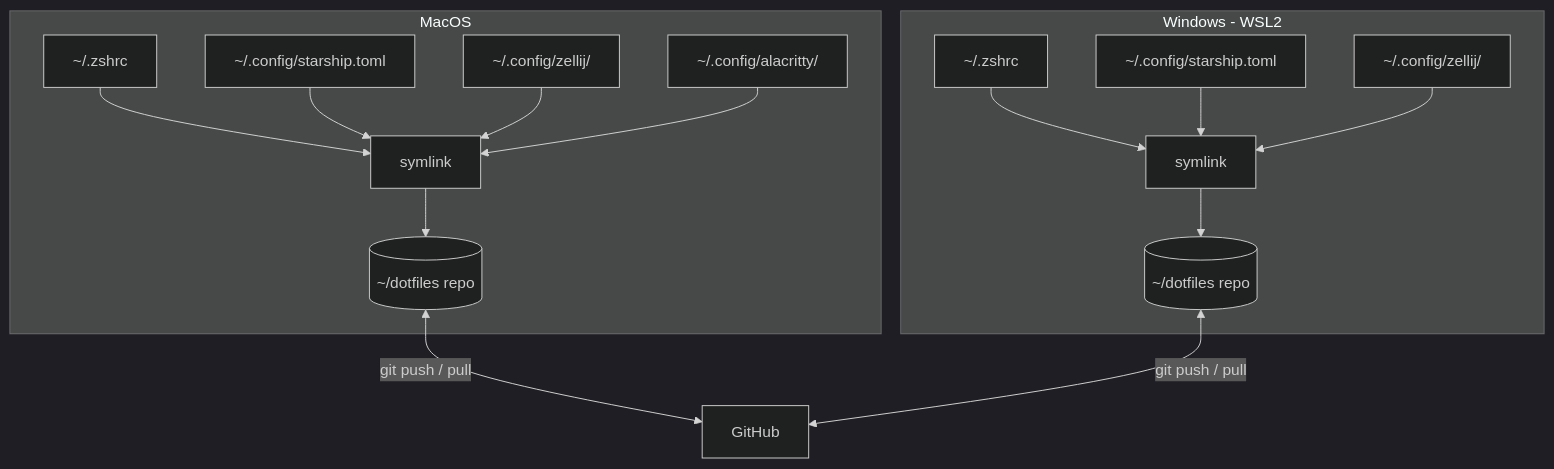
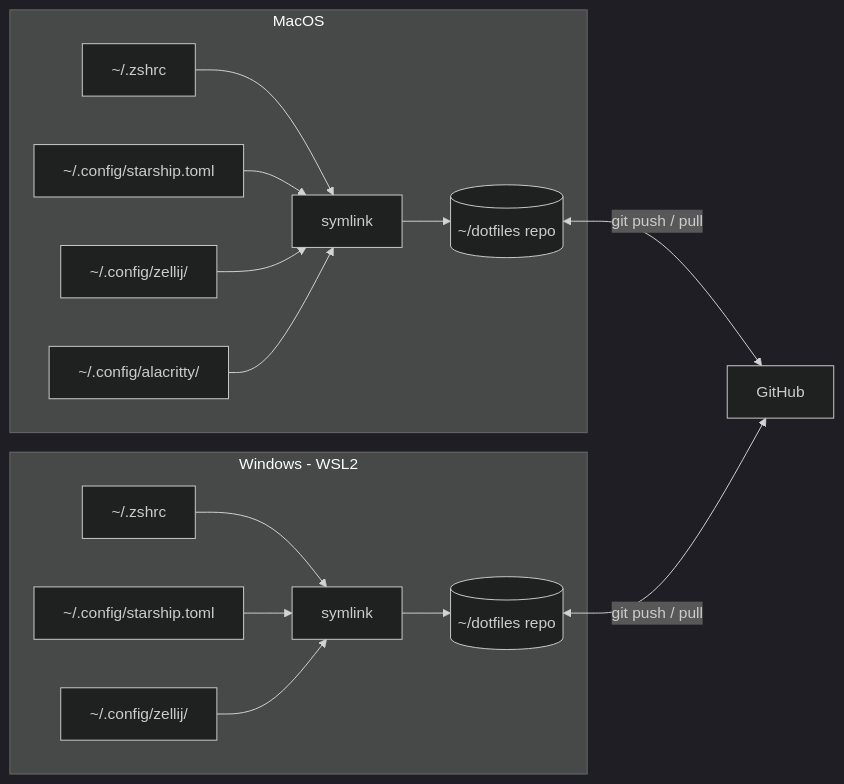
Before and after one commit to deepusharma/dotfiles: the second of 3 diagrams in README.md, drawn with Mermaid (dark theme). The commit also changed other lines of this file and 4 other files, not shown here.

Commit message:
docs: Integrate new diagrams into README for stack, tailored tools, sync, and compatibility, moving mermaid sources to collapsible details.

````diff
--- a/README.md
+++ b/README.md
@@ -60,20 +80,20 @@
 ```mermaid
-flowchart TD
+flowchart LR
     subgraph mac [MacOS]
         M1[~/.zshrc] --> ML[symlink]
         M2[~/.config/starship.toml] --> ML
         M3[~/.config/zellij/] --> ML
         M4[~/.config/alacritty/] --> ML
         ML --> MR[(~/dotfiles repo)]
     end
 
     subgraph win [Windows - WSL2]
         W1[~/.zshrc] --> WL[symlink]
         W2[~/.config/starship.toml] --> WL
         W3[~/.config/zellij/] --> WL
         WL --> WR[(~/dotfiles repo)]
     end
 
     MR <-->|git push / pull| GH[GitHub]
     WR <-->|git push / pull| GH
 ```
````
